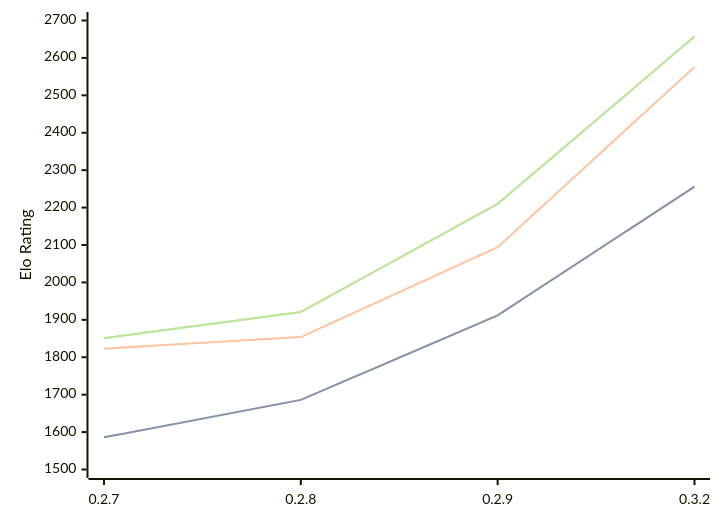
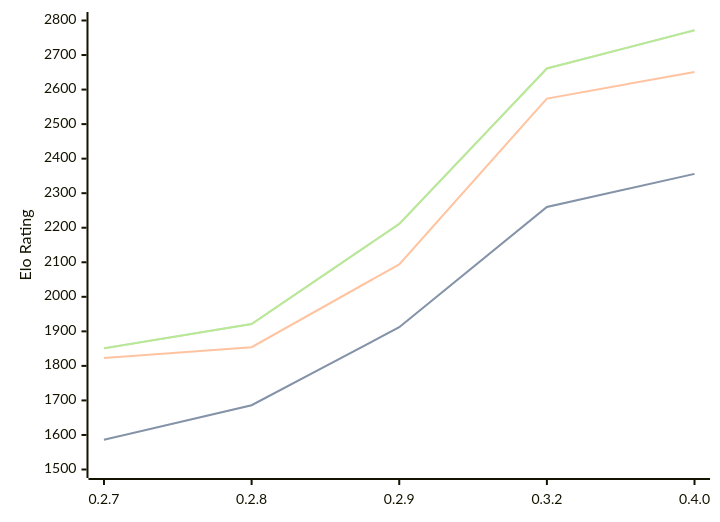
One commit to computer-chess-index/cci changed the diagram in engines/Dual.md. Above: the diagram before and after it, drawn with Mermaid. The commit also changed other lines of this file, not shown here.

Commit message:
Update CCI Ratings (ELO VLTC) - 2026-07-20

````diff
--- a/engines/Dual.md
+++ b/engines/Dual.md
@@ -45,11 +45,11 @@
 ```mermaid
 %%{init: {"theme":"base","themeVariables":{"seriesColors:['#a3a3a3','#222221','#faa371']}}}%%
 xychart-beta
-  x-axis ["0.2.7", "0.2.8", "0.2.9", "0.3.2"]
-  y-axis "Elo Rating" 1500 --> 2700
-  line "STC (8.0+0.08s)" [1586, 1686, 1912, 2256]
-  line "STC (8.0+0.08s)" [1586, 1686, 1912, 2256]
-  line "LTC (60.0+0.60s)" [1823, 1854, 2094, 2576]
-  line "VLTC (2m24s+1.12s)" [1851, 1921, 2210, 2657]
-  line "VLTC (2m24s+1.12s)" [1851, 1921, 2210, 2657]
+  x-axis ["0.2.7", "0.2.8", "0.2.9", "0.3.2", "0.4.0"]
+  y-axis "Elo Rating" 1500 --> 2800
+  line "STC (8.0+0.08s)" [1586, 1686, 1912, 2260, 2356]
+  line "STC (8.0+0.08s)" [1586, 1686, 1912, 2260, 2356]
+  line "LTC (60.0+0.60s)" [1823, 1854, 2094, 2574, 2651]
+  line "VLTC (2m24s+1.12s)" [1851, 1921, 2211, 2661, 2772]
+  line "VLTC (2m24s+1.12s)" [1851, 1921, 2211, 2661, 2772]
 ```
````
